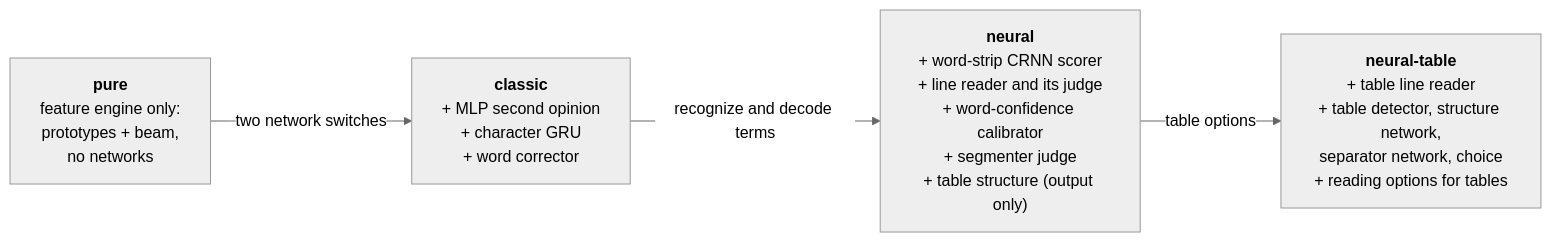
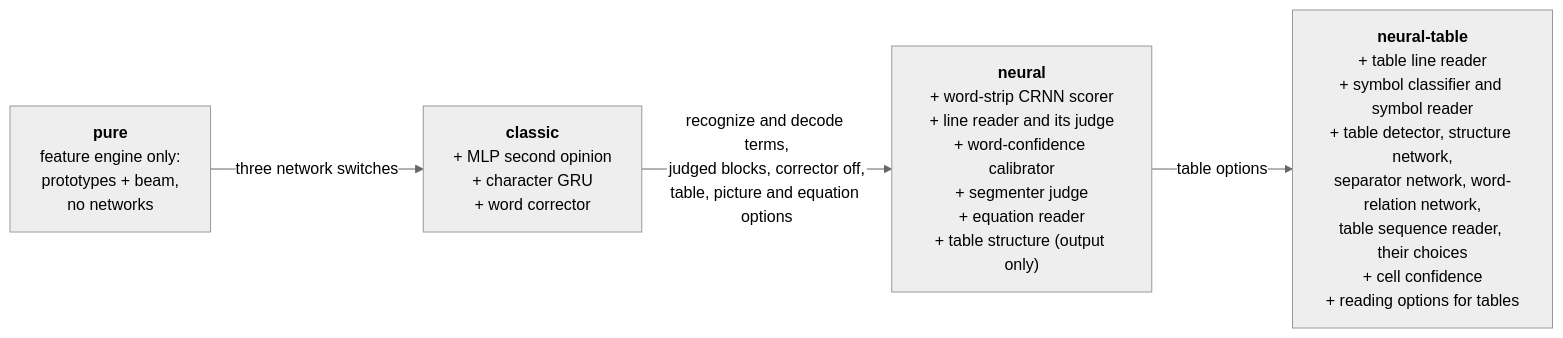
One commit to msharpe248/mlws-ocr changed the sixth of 13 diagrams in docs/ARCHITECTURE.md. Above: the diagram before and after it, drawn with Mermaid (neutral theme). The commit also changed other lines of this file and 25 other files, not shown here.

````diff
--- a/docs/ARCHITECTURE.md
+++ b/docs/ARCHITECTURE.md
@@ -295,8 +297,8 @@
 ```mermaid
 flowchart LR
     pure["<b>pure</b><br/>feature engine only:<br/>prototypes + beam,<br/>no networks"]
     classic["<b>classic</b><br/>+ MLP second opinion<br/>+ character GRU<br/>+ word corrector"]
-    neural["<b>neural</b><br/>+ word-strip CRNN scorer<br/>+ line reader and its judge<br/>+ word-confidence calibrator<br/>+ segmenter judge<br/>+ table structure (output only)"]
-    table["<b>neural-table</b><br/>+ table line reader<br/>+ table detector, structure network,<br/>separator network, choice<br/>+ reading options for tables"]
-    pure -->|two network switches| classic -->|recognize and decode terms| neural -->|table options| table
+    neural["<b>neural</b><br/>+ word-strip CRNN scorer<br/>+ line reader and its judge<br/>+ word-confidence calibrator<br/>+ segmenter judge<br/>+ equation reader<br/>+ table structure (output only)"]
+    table["<b>neural-table</b><br/>+ table line reader<br/>+ symbol classifier and symbol reader<br/>+ table detector, structure network,<br/>separator network, word-relation network,<br/>table sequence reader, their choices<br/>+ cell confidence<br/>+ reading options for tables"]
+    pure -->|three network switches| classic -->|recognize and decode terms,<br/>judged blocks, corrector off,<br/>table, picture and equation options| neural -->|table options| table
 ```
````
